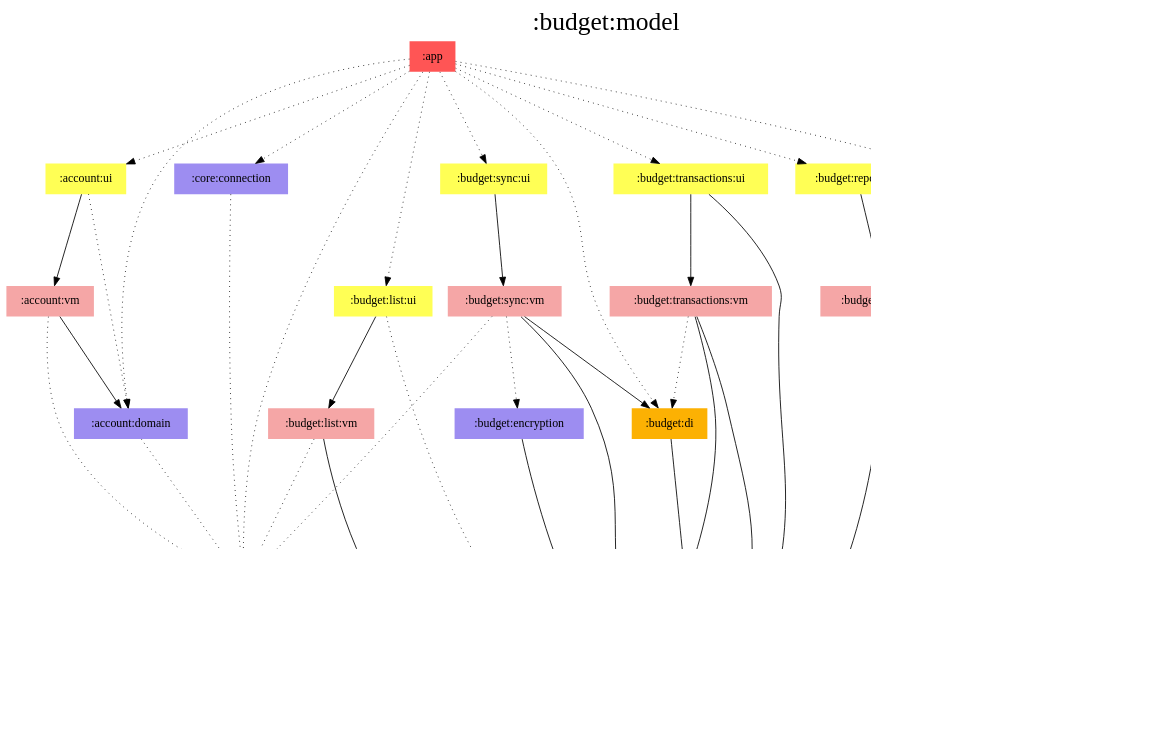
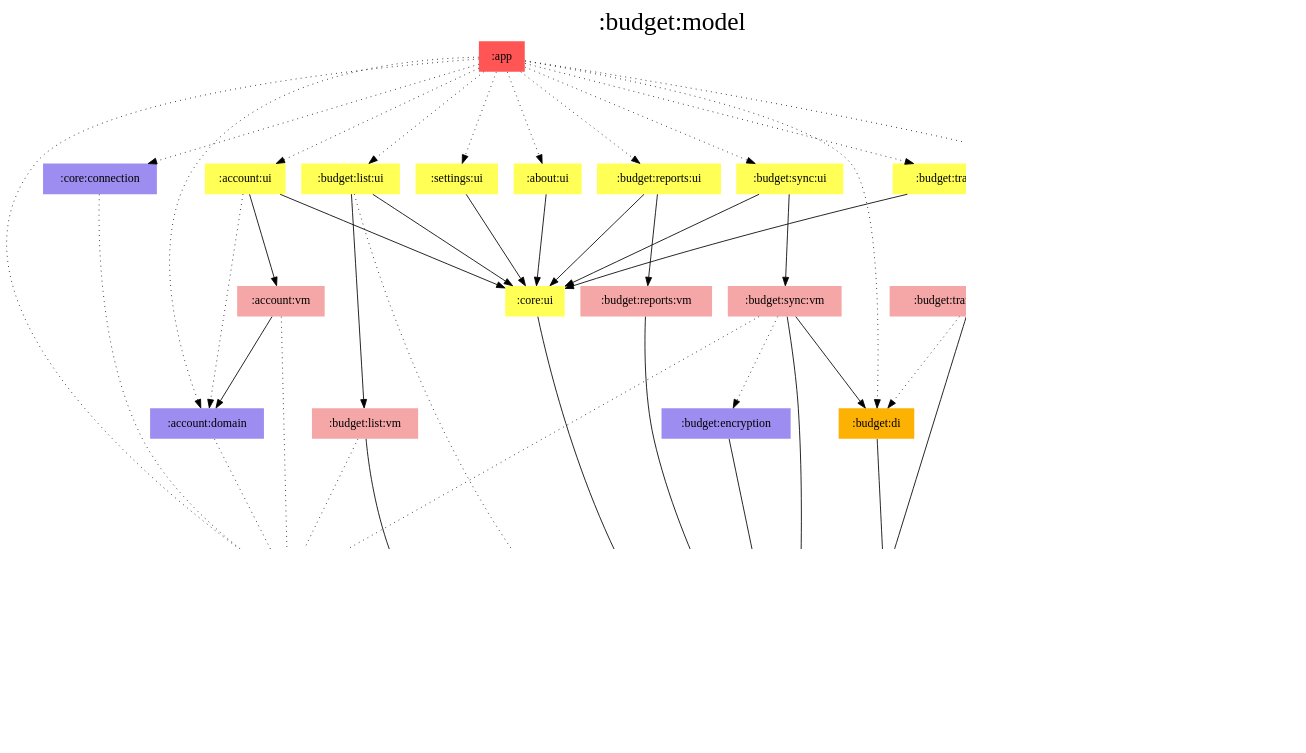
The diagram in modules/budget/model/modules.dot (jonapoul/aktual), drawn with Graphviz before and after one commit. The commit also changed 34 other files, not shown here.

```diff
--- a/modules/budget/model/modules.dot
+++ b/modules/budget/model/modules.dot
@@ -1,79 +1,92 @@
 digraph {
 edge ["dir"="forward"]
 graph ["dpi"="100","label"=":budget:model","labelloc"="t","fontsize"="30","ranksep"="1.5","rankdir"="TB"]
 node ["style"="filled"]
+":about:ui" ["fillcolor"="#FFFF55","shape"="none"]
 ":account:domain" ["fillcolor"="#9D8DF1","shape"="none"]
 ":account:ui" ["fillcolor"="#FFFF55","shape"="none"]
 ":account:vm" ["fillcolor"="#F5A6A6","shape"="none"]
 ":api:actual" ["fillcolor"="#9D8DF1","shape"="none"]
 ":app" ["fillcolor"="#FF5555","shape"="none"]
 ":budget:data" ["fillcolor"="#9D8DF1","shape"="none"]
 ":budget:di" ["fillcolor"="#FCB103","shape"="none"]
 ":budget:encryption" ["fillcolor"="#9D8DF1","shape"="none"]
 ":budget:list:ui" ["fillcolor"="#FFFF55","shape"="none"]
 ":budget:list:vm" ["fillcolor"="#F5A6A6","shape"="none"]
 ":budget:model" ["fillcolor"="#9D8DF1","color"="black","penwidth"="3","shape"="box"]
 ":budget:reports:ui" ["fillcolor"="#FFFF55","shape"="none"]
 ":budget:reports:vm" ["fillcolor"="#F5A6A6","shape"="none"]
 ":budget:sync:ui" ["fillcolor"="#FFFF55","shape"="none"]
 ":budget:sync:vm" ["fillcolor"="#F5A6A6","shape"="none"]
 ":budget:transactions:ui" ["fillcolor"="#FFFF55","shape"="none"]
 ":budget:transactions:vm" ["fillcolor"="#F5A6A6","shape"="none"]
 ":core:connection" ["fillcolor"="#9D8DF1","shape"="none"]
 ":core:di" ["fillcolor"="#FCB103","shape"="none"]
+":core:ui" ["fillcolor"="#FFFF55","shape"="none"]
+":settings:ui" ["fillcolor"="#FFFF55","shape"="none"]
 {
 edge ["dir"="none"]
 graph ["rank"="same"]
 ":budget:model"
 }
+":about:ui" -> ":core:ui"
 ":account:domain" -> ":api:actual" ["style"="dotted"]
 ":account:ui" -> ":account:domain" ["style"="dotted"]
 ":account:ui" -> ":account:vm"
+":account:ui" -> ":core:ui"
 ":account:vm" -> ":account:domain"
 ":account:vm" -> ":api:actual" ["style"="dotted"]
 ":api:actual" -> ":budget:model"
+":app" -> ":about:ui" ["style"="dotted"]
 ":app" -> ":account:domain" ["style"="dotted"]
 ":app" -> ":account:ui" ["style"="dotted"]
 ":app" -> ":api:actual" ["style"="dotted"]
 ":app" -> ":budget:di" ["style"="dotted"]
 ":app" -> ":budget:list:ui" ["style"="dotted"]
 ":app" -> ":budget:reports:ui" ["style"="dotted"]
 ":app" -> ":budget:sync:ui" ["style"="dotted"]
 ":app" -> ":budget:transactions:ui" ["style"="dotted"]
 ":app" -> ":core:connection" ["style"="dotted"]
 ":app" -> ":core:di" ["style"="dotted"]
+":app" -> ":settings:ui" ["style"="dotted"]
 ":budget:data" -> ":budget:model"
 ":budget:di" -> ":budget:data"
 ":budget:encryption" -> ":budget:model"
 ":budget:list:ui" -> ":budget:list:vm"
 ":budget:list:ui" -> ":budget:model" ["style"="dotted"]
+":budget:list:ui" -> ":core:ui"
 ":budget:list:vm" -> ":api:actual" ["style"="dotted"]
 ":budget:list:vm" -> ":budget:model"
 ":budget:reports:ui" -> ":budget:reports:vm"
+":budget:reports:ui" -> ":core:ui"
 ":budget:reports:vm" -> ":budget:model"
 ":budget:sync:ui" -> ":budget:sync:vm"
+":budget:sync:ui" -> ":core:ui"
 ":budget:sync:vm" -> ":api:actual" ["style"="dotted"]
 ":budget:sync:vm" -> ":budget:di"
 ":budget:sync:vm" -> ":budget:encryption" ["style"="dotted"]
 ":budget:sync:vm" -> ":budget:model"
 ":budget:transactions:ui" -> ":budget:model"
 ":budget:transactions:ui" -> ":budget:transactions:vm"
+":budget:transactions:ui" -> ":core:ui"
 ":budget:transactions:vm" -> ":budget:data"
 ":budget:transactions:vm" -> ":budget:di" ["style"="dotted"]
 ":budget:transactions:vm" -> ":budget:model"
 ":core:connection" -> ":api:actual" ["style"="dotted"]
 ":core:di" -> ":budget:model"
+":core:ui" -> ":budget:model"
+":settings:ui" -> ":core:ui"
 subgraph "cluster_legend" {
 edge ["dir"="none"]
 graph ["label"="Legend","fontsize"="20"]
 "Legend" ["style"="filled","fillcolor"="#FFFFFF","shape"="none","margin"="0","fontsize"="15","label"=<
 <TABLE BORDER="0" CELLBORDER="0" CELLSPACING="0" CELLPADDING="4">
 <TR><TD>App</TD><TD BGCOLOR="#FF5555">module-name</TD></TR>
 <TR><TD>ViewModel</TD><TD BGCOLOR="#F5A6A6">module-name</TD></TR>
 <TR><TD>Hilt</TD><TD BGCOLOR="#FCB103">module-name</TD></TR>
 <TR><TD>Compose</TD><TD BGCOLOR="#FFFF55">module-name</TD></TR>
 <TR><TD>Multiplatform</TD><TD BGCOLOR="#9D8DF1">module-name</TD></TR>
 </TABLE>
 >]
 } -> ":budget:model" ["style"="invis"]
 }
```
